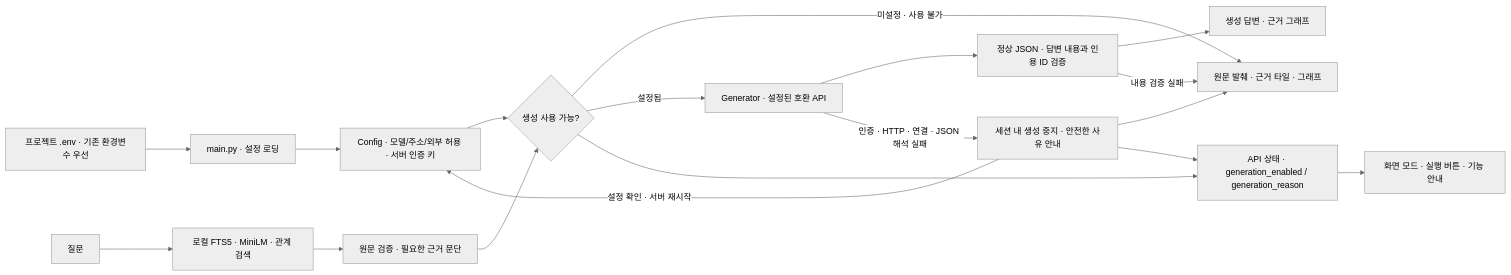
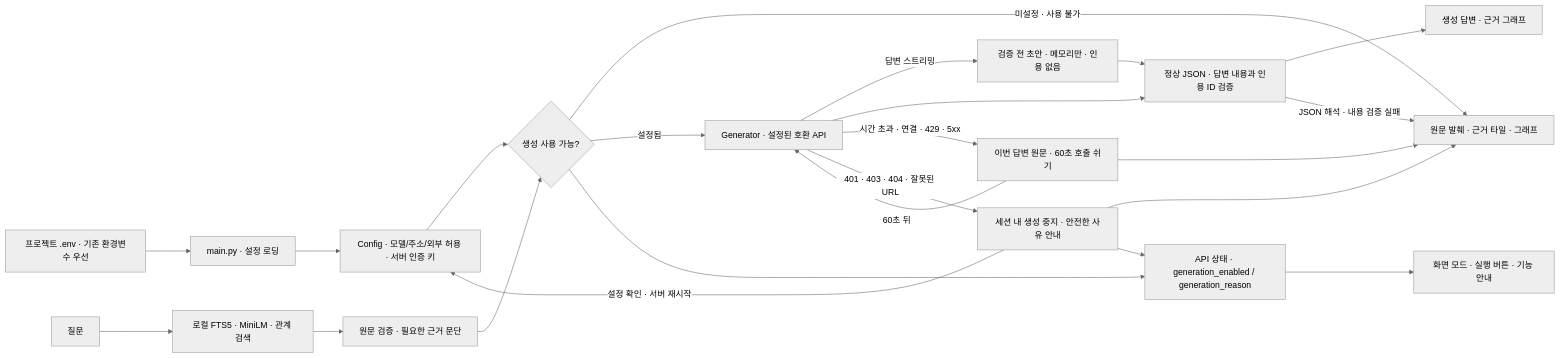
One commit to espseongsm/obsi-onto changed the eighth of 16 diagrams in docs/architecture.md. Above: the diagram before and after it, drawn with Mermaid (neutral theme). The commit also changed other lines of this file and 3 other files, not shown here.

````diff
--- a/docs/architecture.md
+++ b/docs/architecture.md
@@ -182,20 +182,25 @@
 ```mermaid
 flowchart LR
   ENV[프로젝트 .env · 기존 환경변수 우선] --> MAIN[main.py · 설정 로딩]
   MAIN --> C[Config · 모델/주소/외부 허용 · 서버 인증 키]
   Q[질문] --> S[로컬 FTS5 · MiniLM · 관계 검색]
   S --> V[원문 검증 · 필요한 근거 문단]
   C --> ENABLED{생성 사용 가능?}
   V --> ENABLED
   ENABLED -->|미설정 · 사용 불가| F[원문 발췌 · 근거 타일 · 그래프]
   ENABLED -->|설정됨| G[Generator · 설정된 호환 API]
+  G -->|답변 스트리밍| D[검증 전 초안 · 메모리만 · 인용 없음]
+  D --> J
   G --> J[정상 JSON · 답변 내용과 인용 ID 검증]
   J --> UI[생성 답변 · 근거 그래프]
-  J -->|내용 검증 실패| F
-  G -->|인증 · HTTP · 연결 · JSON 해석 실패| STOP[세션 내 생성 중지 · 안전한 사유 안내]
+  J -->|JSON 해석 · 내용 검증 실패| F
+  G -->|시간 초과 · 연결 · 429 · 5xx| PAUSE[이번 답변 원문 · 60초 호출 쉬기]
+  PAUSE --> F
+  PAUSE -->|60초 뒤| G
+  G -->|401 · 403 · 404 · 잘못된 URL| STOP[세션 내 생성 중지 · 안전한 사유 안내]
   STOP --> F
   STOP -->|설정 확인 · 서버 재시작| C
   STATUS[API 상태 · generation_enabled / generation_reason] --> MODE[화면 모드 · 실행 버튼 · 기능 안내]
   ENABLED --> STATUS
   STOP --> STATUS
 ```
````
